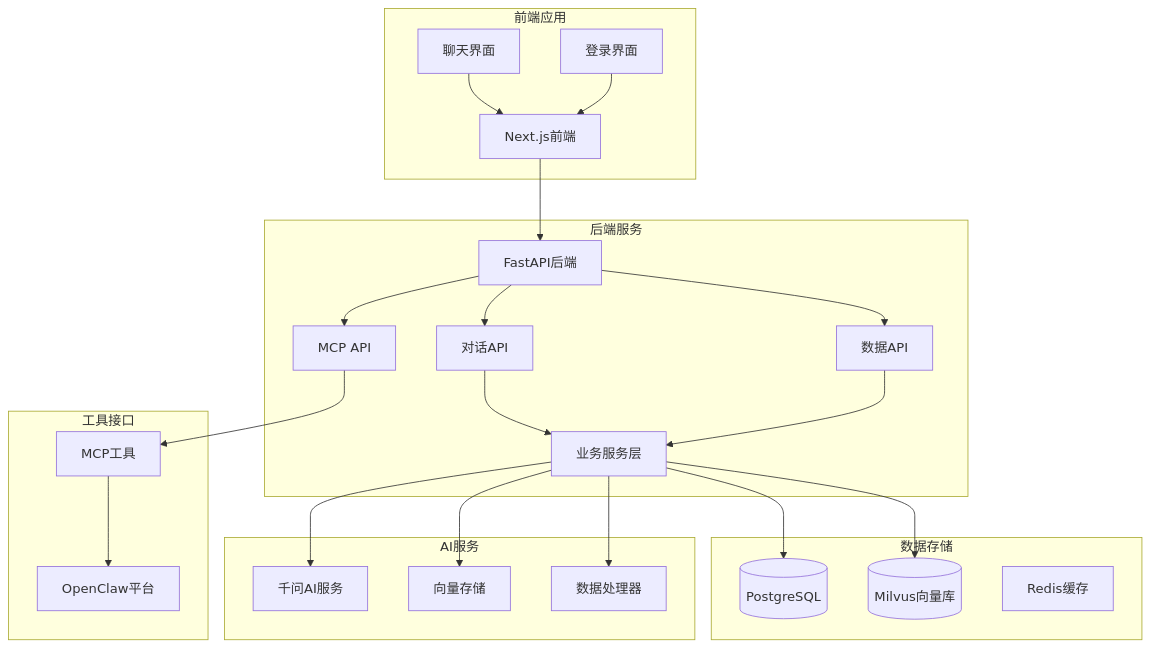
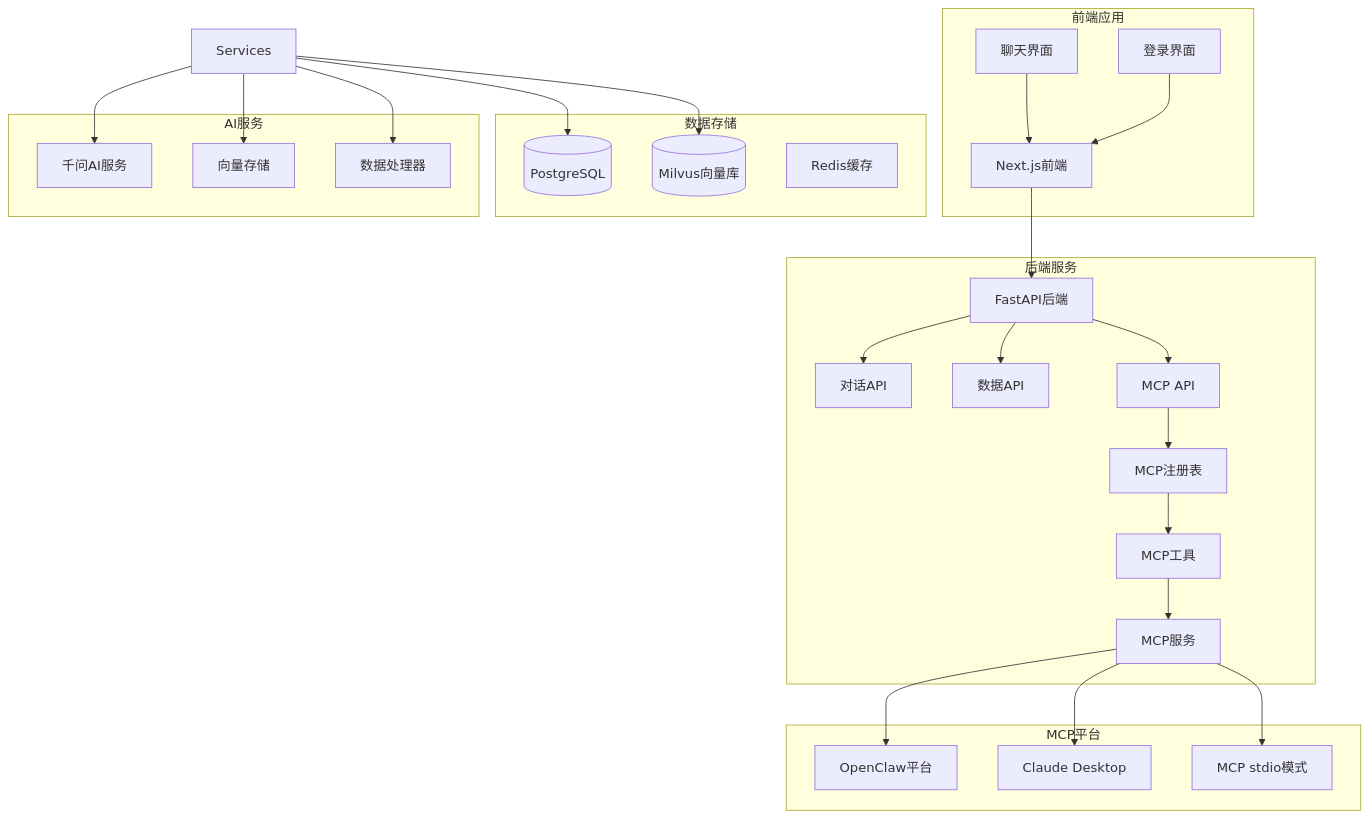
The first of 14 diagrams in .qoder/repowiki/zh/content/AI智能问答系统/AI工具调用功能.md (ghbbn053-ship-itsoulddog/soulddog), drawn with Mermaid before and after one commit. The commit also changed other lines of this file and 119 other files, not shown here.

````diff
--- a/.qoder/repowiki/zh/content/AI智能问答系统/AI工具调用功能.md
+++ b/.qoder/repowiki/zh/content/AI智能问答系统/AI工具调用功能.md
@@ -58,44 +66,49 @@
 ```mermaid
 graph TB
 subgraph "前端应用"
 FE[Next.js前端]
 ChatUI[聊天界面]
 LoginUI[登录界面]
 end
 subgraph "后端服务"
 API[FastAPI后端]
 ChatAPI[对话API]
 DataAPI[数据API]
-Services[业务服务层]
 MCPAPI[MCP API]
+MCPRegistry[MCP注册表]
+MCPTools[MCP工具]
+MCPService[MCP服务]
 end
 subgraph "数据存储"
 PG[(PostgreSQL)]
 Milvus[(Milvus向量库)]
 Redis[Redis缓存]
 end
 subgraph "AI服务"
 Qwen[千问AI服务]
 VectorStore[向量存储]
 DataProcessor[数据处理器]
 end
-subgraph "工具接口"
-MCPTools[MCP工具]
+subgraph "MCP平台"
 OpenClaw[OpenClaw平台]
+ClaudeDesktop[Claude Desktop]
+MCPStdio[MCP stdio模式]
 end
 FE --> API
 ChatUI --> FE
 LoginUI --> FE
 API --> ChatAPI
 API --> DataAPI
 API --> MCPAPI
-ChatAPI --> Services
-DataAPI --> Services
-MCPAPI --> MCPTools
-MCPTools --> OpenClaw
+MCPAPI --> MCPRegistry
+MCPRegistry --> MCPTools
+MCPTools --> MCPService
+MCPService --> OpenClaw
+MCPService --> ClaudeDesktop
+MCPService --> MCPStdio
 Services --> PG
 Services --> Milvus
 Services --> Qwen
 Services --> VectorStore
 Services --> DataProcessor
 ```
````
